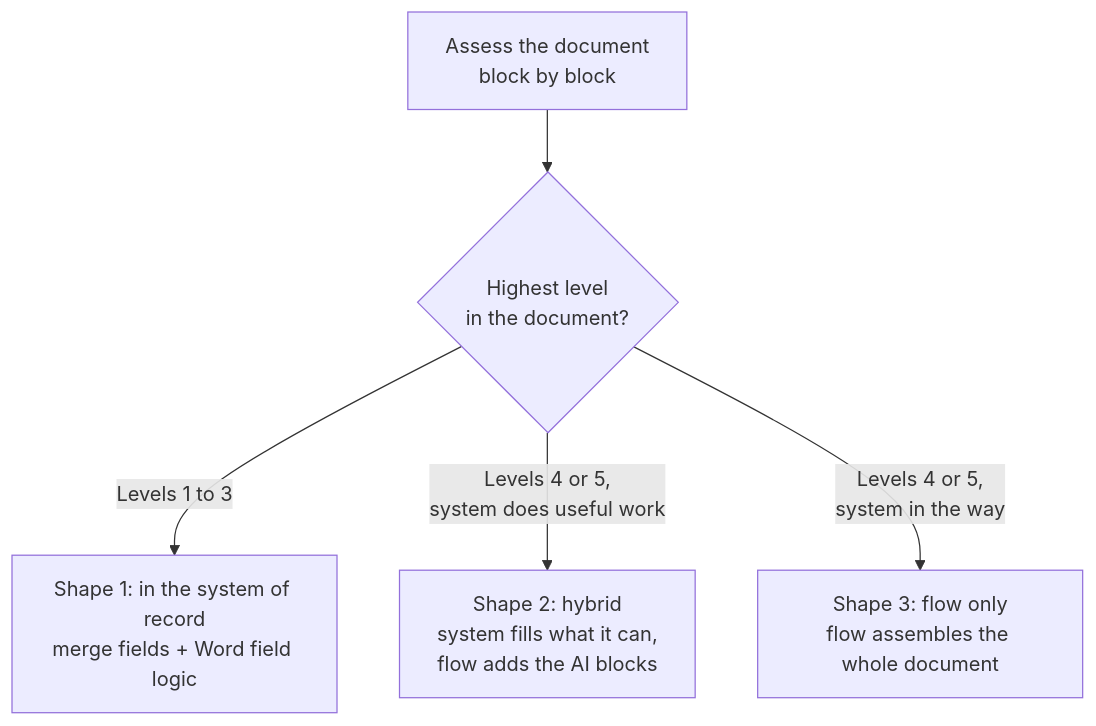
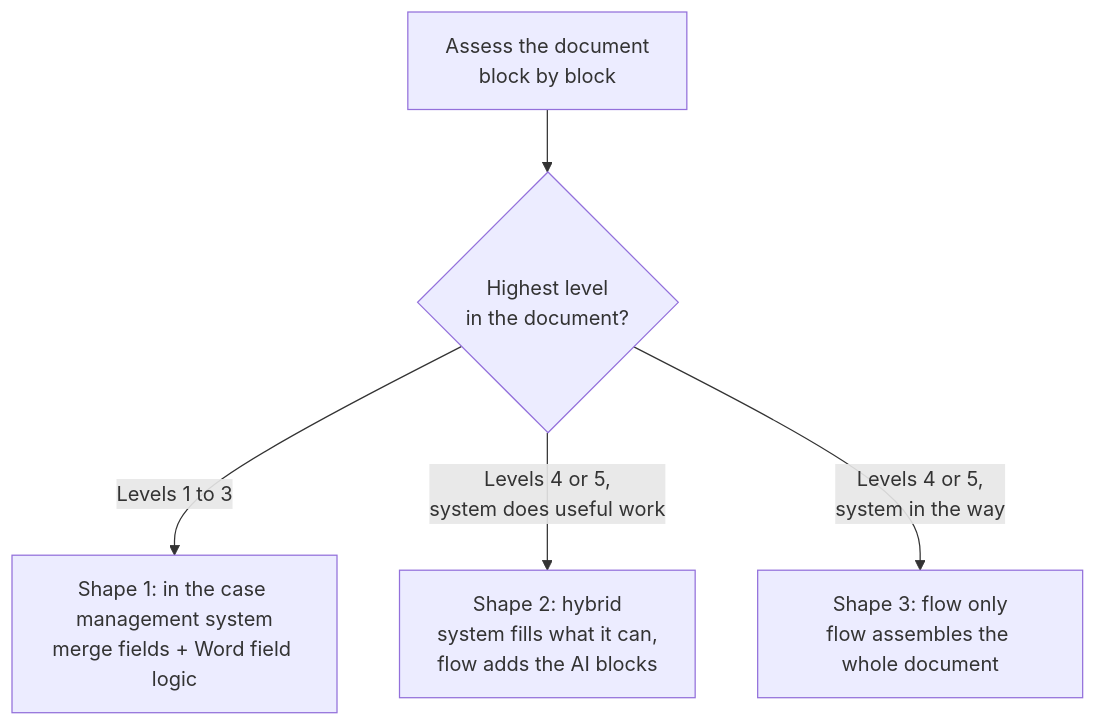
One commit to laraderosa-lab/laraderosa-solutions changed the first of 2 diagrams in document-generation/README.md. Above: the diagram before and after it, drawn with Mermaid. The commit also changed other lines of this file and 3 other files, not shown here.

````diff
--- a/document-generation/README.md
+++ b/document-generation/README.md
@@ -139,7 +146,7 @@
 ```mermaid
 flowchart TB
     A["Assess the document<br/>block by block"] --> B{"Highest level<br/>in the document?"}
-    B -->|"Levels 1 to 3"| C["Shape 1: in the system of record<br/>merge fields + Word field logic"]
+    B -->|"Levels 1 to 3"| C["Shape 1: in the case management system<br/>merge fields + Word field logic"]
     B -->|"Levels 4 or 5,<br/>system does useful work"| D["Shape 2: hybrid<br/>system fills what it can,<br/>flow adds the AI blocks"]
     B -->|"Levels 4 or 5,<br/>system in the way"| E["Shape 3: flow only<br/>flow assembles the whole document"]
 ```
````
